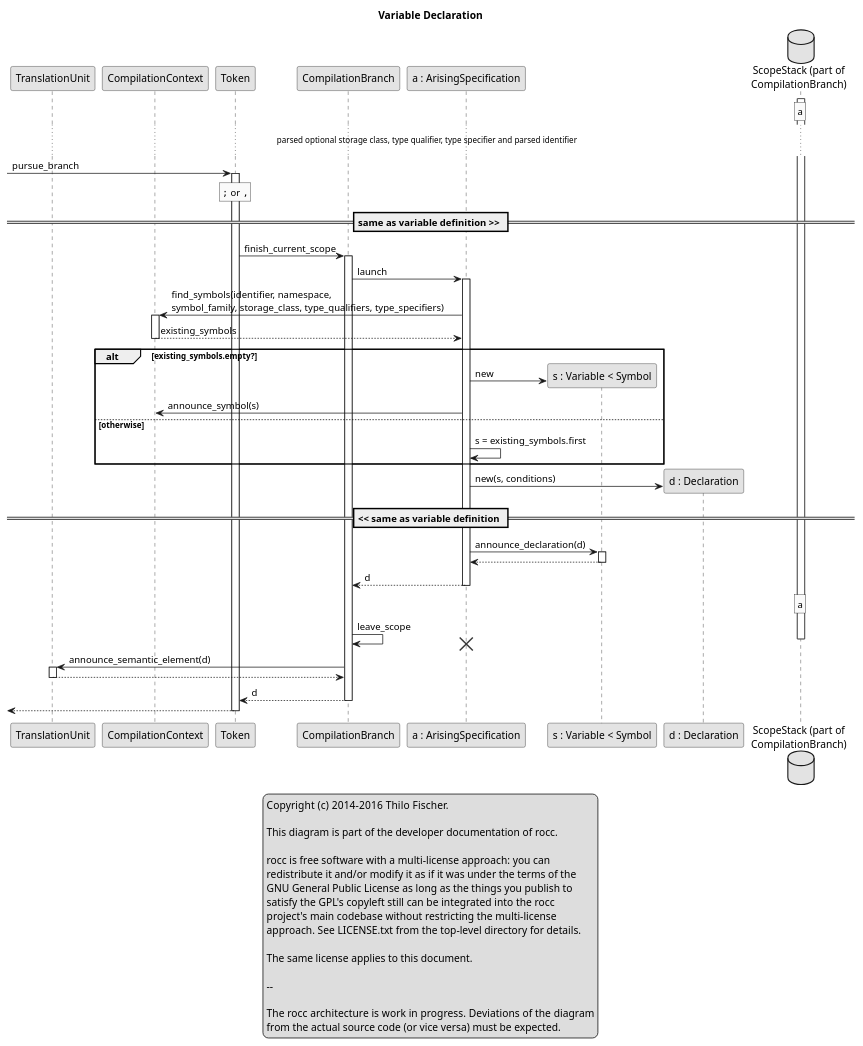
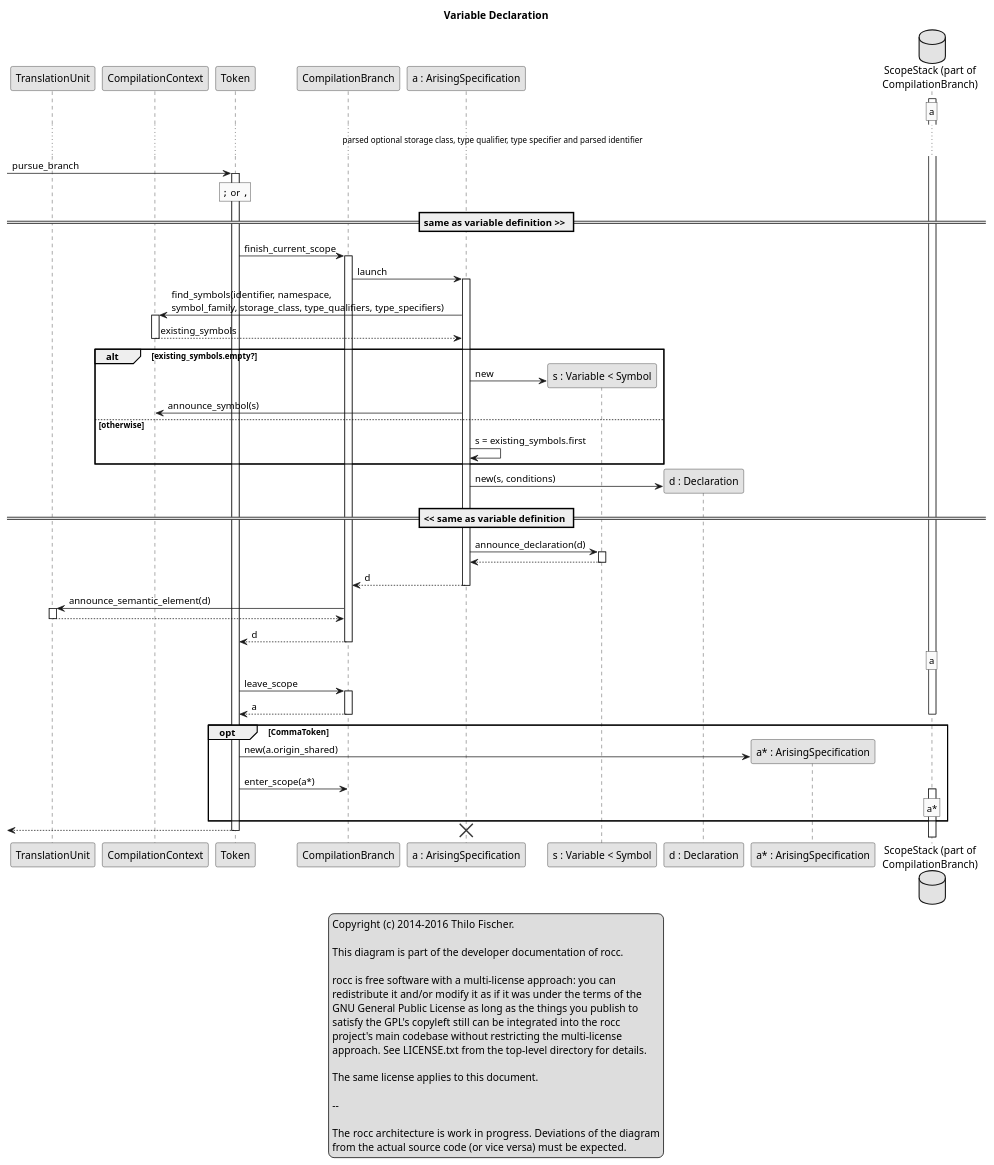
The diagram in design/snippets/symbol-instantiation_variable-declaration.puml (thilo-fischer/rocc), drawn with PlantUML before and after one commit. The commit also changed 3 other files, not shown here.

```diff
--- a/design/snippets/symbol-instantiation_variable-declaration.puml
+++ b/design/snippets/symbol-instantiation_variable-declaration.puml
@@ -1,106 +1,118 @@
 @startuml
 
 legend center
   Copyright (c) 2014-2016  Thilo Fischer.
   
   This diagram is part of the developer documentation of rocc.
  
   rocc is free software with a multi-license approach: you can
   redistribute it and/or modify it as if it was under the terms of the
   GNU General Public License as long as the things you publish to
   satisfy the GPL's copyleft still can be integrated into the rocc
   project's main codebase without restricting the multi-license
   approach. See LICENSE.txt from the top-level directory for details.
  
   The same license applies to this document.
 
   --
 
   The rocc architecture is work in progress.  Deviations of the diagram
   from the actual source code (or vice versa) must be expected.
 endlegend
 
 skinparam monochrome true
 
 title Variable Declaration
 
 participant TranslationUnit
 participant CompilationContext
 participant Token
 participant CompilationBranch
 participant "a : ArisingSpecification" as ArisingSpecification
 participant "s : Variable < Symbol" as Symbol
 participant "d : Declaration" as Declaration
+participant "a* : ArisingSpecification" as NextArisingSpecification
 database "ScopeStack (part of\nCompilationBranch)" as ScopeStack
 
 activate ScopeStack
 rnote over ScopeStack : a
 
 ... parsed optional storage class, type qualifier, type specifier and parsed identifier ...
 
 [-> Token : pursue_branch
 
 rnote over Token : "";"" or "",""
 
 activate Token
 
 == same as variable definition >> ==
 
 Token -> CompilationBranch : finish_current_scope
 activate CompilationBranch
 
 'note over ArisingSpecification : CompilationBranch#\ncurrent_scope
 CompilationBranch -> ArisingSpecification : launch
 activate ArisingSpecification
 
 ArisingSpecification -> CompilationContext : find_symbols(identifier, namespace,\nsymbol_family, storage_class, type_qualifiers, type_specifiers)
 activate CompilationContext
 ArisingSpecification <-- CompilationContext : existing_symbols
 deactivate CompilationContext
 
 alt existing_symbols.empty?
 
   create Symbol
   ArisingSpecification -> Symbol : new
 
   ArisingSpecification -> CompilationContext : announce_symbol(s)
   'activate CompilationContext
   'CompilationBranch <-- CompilationContext : symbol
   'deactivate CompilationContext
 
 else otherwise
 
   ArisingSpecification -> ArisingSpecification : s = existing_symbols.first
   
 end ' alt existing_symbols.empty?
 
 create Declaration
 ArisingSpecification -> Declaration : new(s, conditions)
 
 == << same as variable definition ==
 
 ArisingSpecification -> Symbol : announce_declaration(d)
 activate Symbol
 ArisingSpecification <-- Symbol
 deactivate Symbol
 
 CompilationBranch <-- ArisingSpecification : d
 deactivate ArisingSpecification
 
-rnote over ScopeStack : a
-CompilationBranch -> CompilationBranch : leave_scope
-deactivate ScopeStack
-destroy ArisingSpecification
-
 CompilationBranch -> TranslationUnit : announce_semantic_element(d)
 activate TranslationUnit
 CompilationBranch <-- TranslationUnit
 deactivate TranslationUnit
 
 Token <-- CompilationBranch : d
 deactivate CompilationBranch
 
+rnote over ScopeStack : a
+Token -> CompilationBranch : leave_scope
+activate CompilationBranch
+Token <-- CompilationBranch : a
+deactivate CompilationBranch
+deactivate ScopeStack
+
+opt CommaToken
+  create NextArisingSpecification
+  Token -> NextArisingSpecification : new(a.origin_shared)
+  Token -> CompilationBranch : enter_scope(a*)
+  rnote over ScopeStack : a*
+  activate ScopeStack
+end ' alt CommaToken
+
 [<-- Token
 deactivate Token
+destroy ArisingSpecification
 
 @enduml
```
